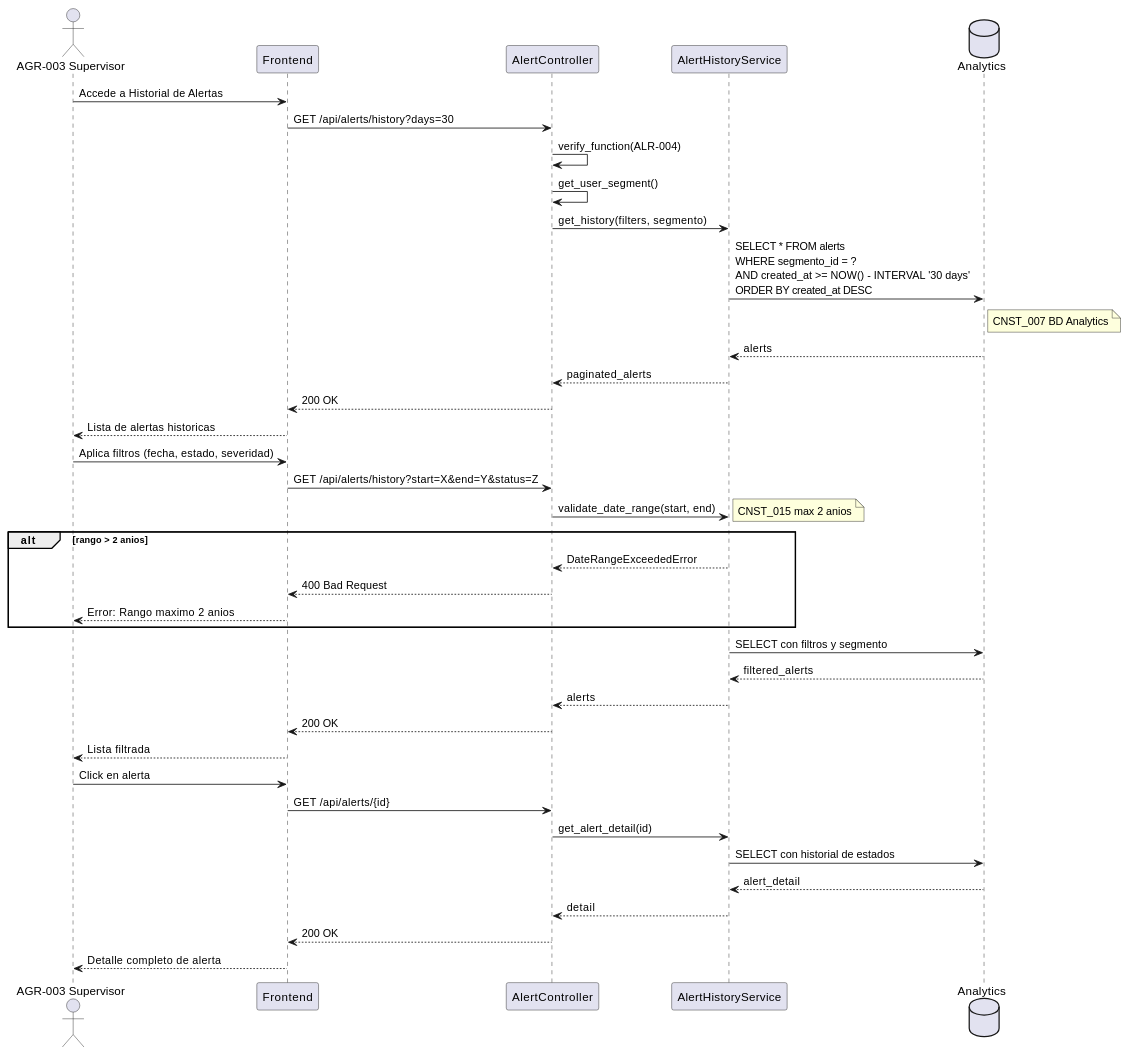
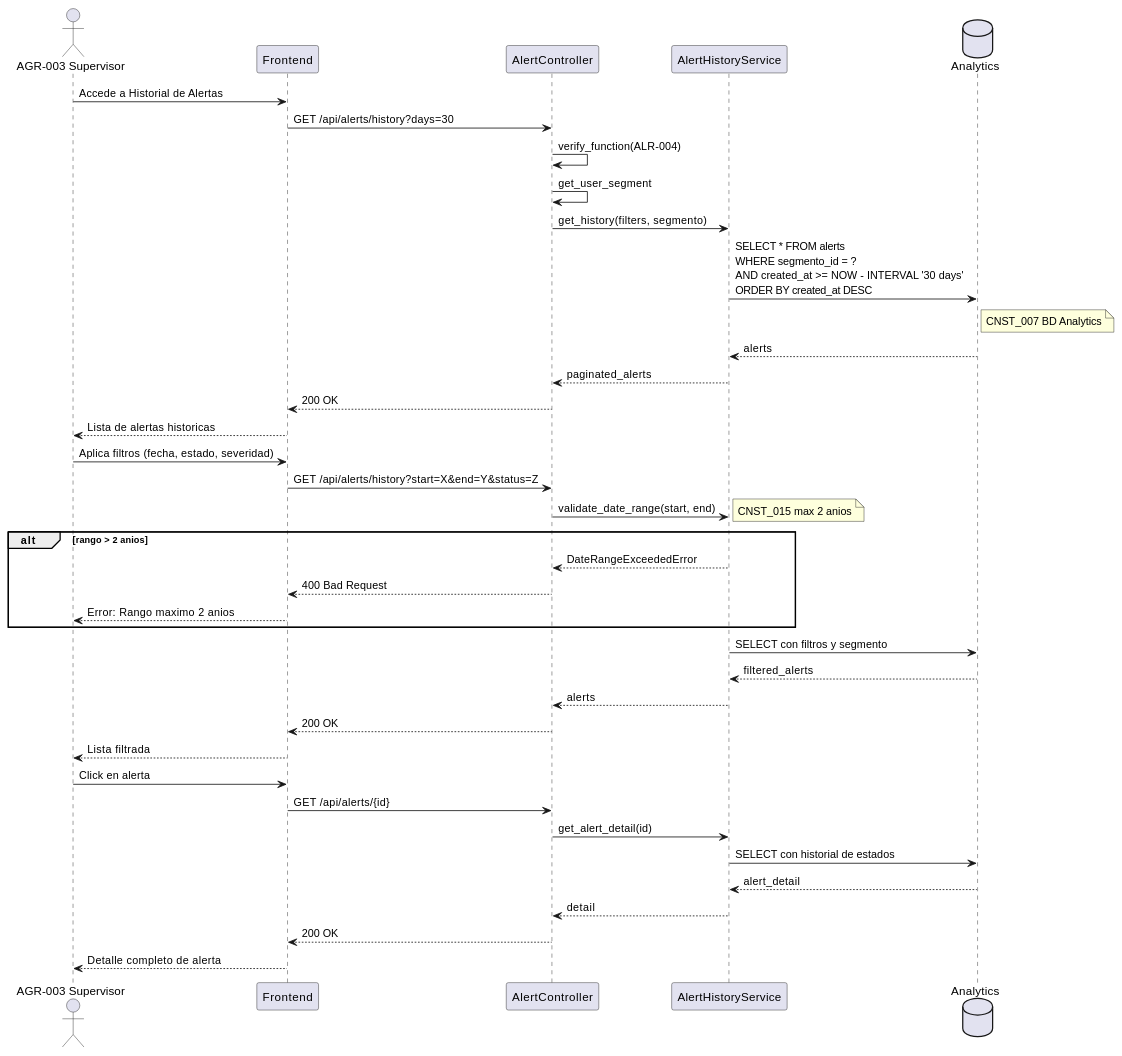
The second of 3 diagrams in source/requisitos/casos_uso/alerts/UC_ALR_04_Ver_Historial_Alertas.rst (jcg-admin/IACT-docs), drawn with PlantUML before and after one commit. The commit also changed other lines of this file and 376 other files, not shown here.

```diff
--- a/source/requisitos/casos_uso/alerts/UC_ALR_04_Ver_Historial_Alertas.rst
+++ b/source/requisitos/casos_uso/alerts/UC_ALR_04_Ver_Historial_Alertas.rst
@@ -153,50 +153,50 @@
 .. uml::
-   :caption: Diagrama de Secuencia - UC_ALR_04
+ :caption: Diagrama de Secuencia - UC_ALR_04
 
-   @startuml
-   actor "AGR-003 Supervisor" as S
-   participant "Frontend" as FE
-   participant "AlertController" as AC
-   participant "AlertHistoryService" as AHS
-   database "Analytics" as DB
+ @startuml
+ actor "AGR-003 Supervisor" as S
+ participant "Frontend" as FE
+ participant "AlertController" as AC
+ participant "AlertHistoryService" as AHS
+ database "Analytics" as DB
 
-   S -> FE: Accede a Historial de Alertas
-   FE -> AC: GET /api/alerts/history?days=30
-   AC -> AC: verify_function(ALR-004)
-   AC -> AC: get_user_segment()
+ S -> FE: Accede a Historial de Alertas
+ FE -> AC: GET /api/alerts/history?days=30
+ AC -> AC: verify_function(ALR-004)
+ AC -> AC: get_user_segment
 
-   AC -> AHS: get_history(filters, segmento)
-   AHS -> DB: SELECT * FROM alerts\nWHERE segmento_id = ?\nAND created_at >= NOW() - INTERVAL '30 days'\nORDER BY created_at DESC
-   note right of DB: CNST_007 BD Analytics
-   DB --> AHS: alerts
-   AHS --> AC: paginated_alerts
-   AC --> FE: 200 OK
-   FE --> S: Lista de alertas historicas
+ AC -> AHS: get_history(filters, segmento)
+ AHS -> DB: SELECT * FROM alerts\nWHERE segmento_id = ?\nAND created_at >= NOW - INTERVAL '30 days'\nORDER BY created_at DESC
+ note right of DB: CNST_007 BD Analytics
+ DB --> AHS: alerts
+ AHS --> AC: paginated_alerts
+ AC --> FE: 200 OK
+ FE --> S: Lista de alertas historicas
 
-   S -> FE: Aplica filtros (fecha, estado, severidad)
-   FE -> AC: GET /api/alerts/history?start=X&end=Y&status=Z
+ S -> FE: Aplica filtros (fecha, estado, severidad)
+ FE -> AC: GET /api/alerts/history?start=X&end=Y&status=Z
 
-   AC -> AHS: validate_date_range(start, end)
-   note right: CNST_015 max 2 anios
+ AC -> AHS: validate_date_range(start, end)
+ note right: CNST_015 max 2 anios
 
-   alt rango > 2 anios
-     AHS --> AC: DateRangeExceededError
-     AC --> FE: 400 Bad Request
-     FE --> S: Error: Rango maximo 2 anios
-   end
+ alt rango > 2 anios
+ AHS --> AC: DateRangeExceededError
+ AC --> FE: 400 Bad Request
+ FE --> S: Error: Rango maximo 2 anios
+ end
 
-   AHS -> DB: SELECT con filtros y segmento
-   DB --> AHS: filtered_alerts
-   AHS --> AC: alerts
-   AC --> FE: 200 OK
-   FE --> S: Lista filtrada
+ AHS -> DB: SELECT con filtros y segmento
+ DB --> AHS: filtered_alerts
+ AHS --> AC: alerts
+ AC --> FE: 200 OK
+ FE --> S: Lista filtrada
 
-   S -> FE: Click en alerta
-   FE -> AC: GET /api/alerts/{id}
-   AC -> AHS: get_alert_detail(id)
-   AHS -> DB: SELECT con historial de estados
-   DB --> AHS: alert_detail
-   AHS --> AC: detail
-   AC --> FE: 200 OK
-   FE --> S: Detalle completo de alerta
-   @enduml
+ S -> FE: Click en alerta
+ FE -> AC: GET /api/alerts/{id}
+ AC -> AHS: get_alert_detail(id)
+ AHS -> DB: SELECT con historial de estados
+ DB --> AHS: alert_detail
+ AHS --> AC: detail
+ AC --> FE: 200 OK
+ FE --> S: Detalle completo de alerta
+ @enduml
```
